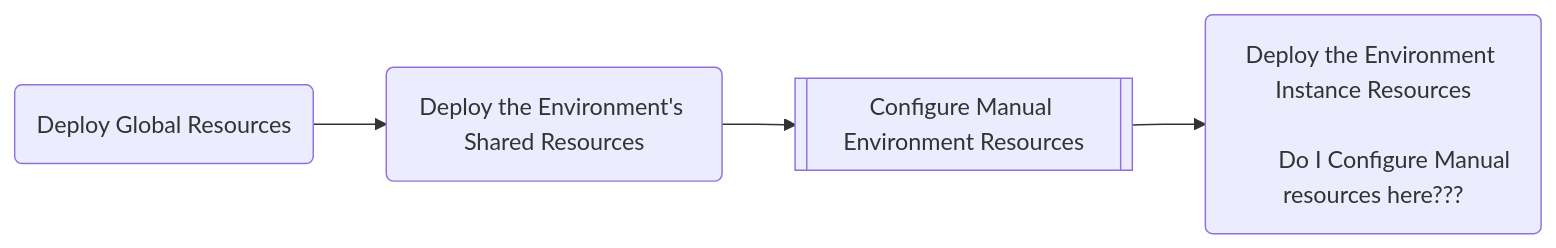
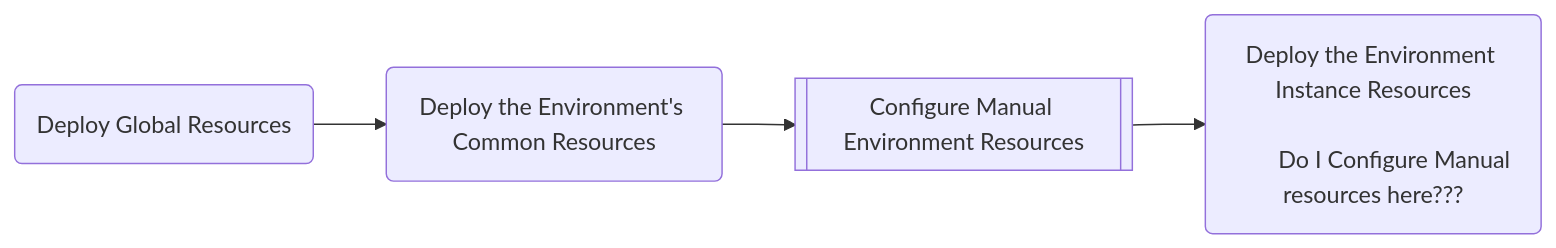
Before and after one commit to Miruken-Go/demo.microservice: the first of 2 diagrams in deployment/design/environmentFlow.md, drawn with Mermaid. The commit also changed other lines of this file, not shown here.

````diff
--- a/deployment/design/environmentFlow.md
+++ b/deployment/design/environmentFlow.md
@@ -3,17 +3,17 @@
 ```mermaid
 
 flowchart LR
     A(Deploy Global Resources)
     
-    B(Deploy the Environment's Shared Resources)
+    B(Deploy the Environment's Common Resources)
 
     C[[Configure Manual Environment Resources]]
 
     D(
         Deploy the Environment Instance Resources
     
         Do I Configure Manual resources here???
     )
 
     A --> B --> C --> D
 ```
````
